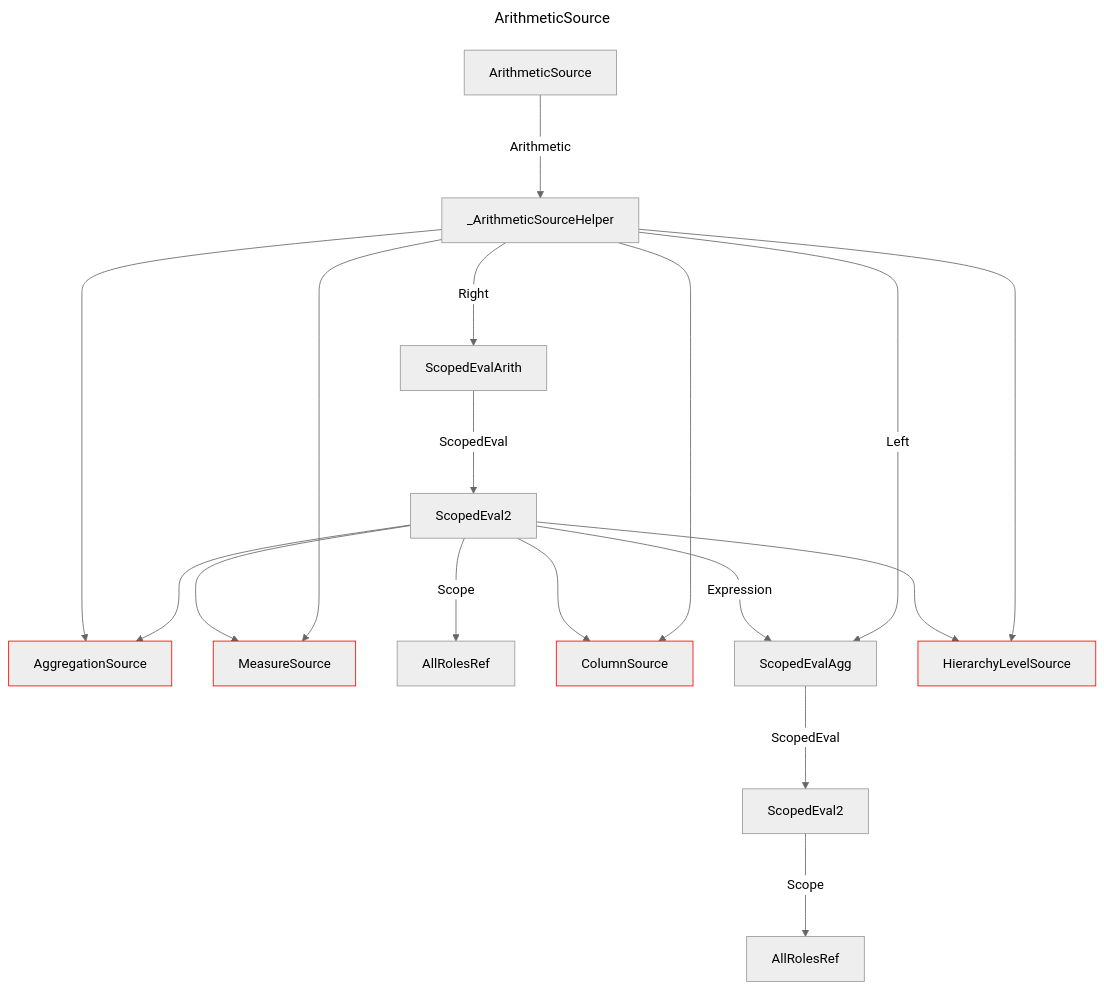
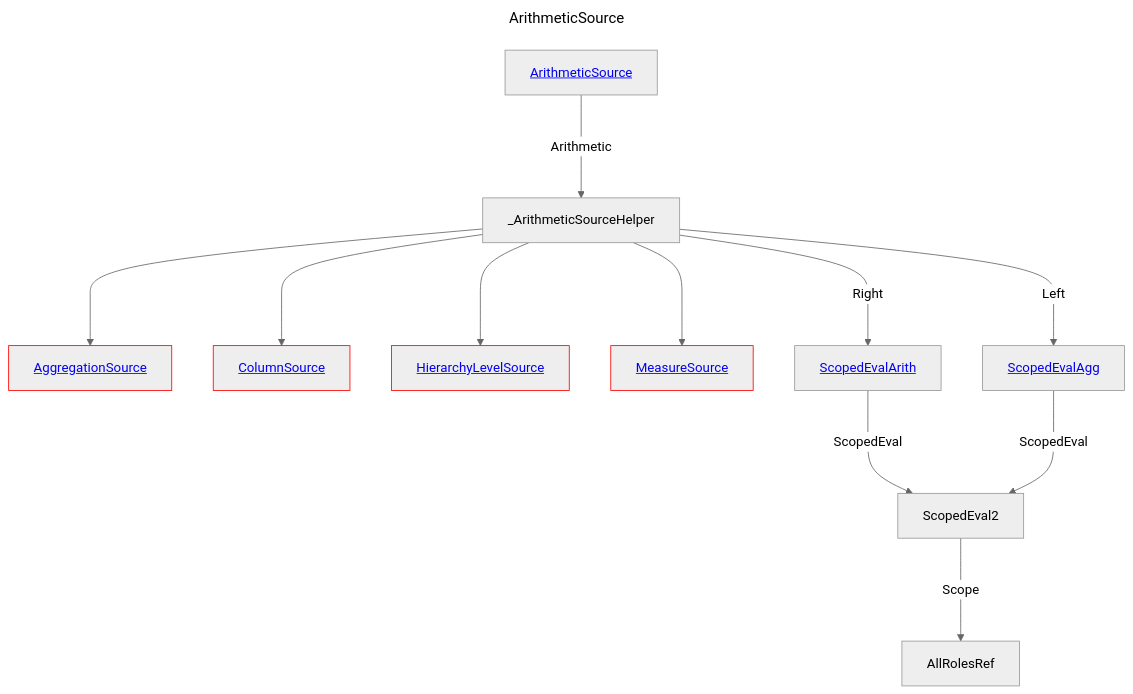
The diagram in docs/docs/layout/erd/ArithmeticSource.md (douglassimonsen/pbi_core), drawn with Mermaid (neutral theme) before and after one commit. The commit also changed 76 other files, not shown here.

````diff
--- a/docs/docs/layout/erd/ArithmeticSource.md
+++ b/docs/docs/layout/erd/ArithmeticSource.md
@@ -1,38 +1,30 @@
 ```mermaid
 ---
 title: ArithmeticSource
 ---
 graph 
-2430071358016["AggregationSource"]
-style 2430071358016 stroke:#ff0000,stroke-width:1px
-2430071359968["MeasureSource"]
-style 2430071359968 stroke:#ff0000,stroke-width:1px
-2430071360944["AllRolesRef"]
-2430071365824["ColumnSource"]
-style 2430071365824 stroke:#ff0000,stroke-width:1px
-2430071379488["_ArithmeticSourceHelper"]
-2430071371680["ScopedEvalAgg"]
-2430071362896["AllRolesRef"]
-2430071361920["ScopedEval2"]
-2430071376560["ScopedEvalArith"]
-2430071363872["HierarchyLevelSource"]
-style 2430071363872 stroke:#ff0000,stroke-width:1px
-2430071369728["ScopedEval2"]
-2430071382416["ArithmeticSource"]
-2430071376560 --->|ScopedEval| 2430071361920
-2430071361920 --->|Expression| 2430071371680
-2430071361920 ---> 2430071365824
-2430071379488 --->|Left| 2430071371680
-2430071382416 --->|Arithmetic| 2430071379488
-2430071379488 --->|Right| 2430071376560
-2430071371680 --->|ScopedEval| 2430071369728
-2430071361920 ---> 2430071359968
-2430071361920 ---> 2430071363872
-2430071379488 ---> 2430071358016
-2430071379488 ---> 2430071363872
-2430071379488 ---> 2430071365824
-2430071361920 ---> 2430071358016
-2430071379488 ---> 2430071359968
-2430071369728 --->|Scope| 2430071362896
-2430071361920 --->|Scope| 2430071360944
+AggregationSource[<a href='/layout/erd/AggregationSource'>AggregationSource</a>]
+style AggregationSource stroke:#ff0000,stroke-width:1px
+AllRolesRef[AllRolesRef]
+ArithmeticSource[<a href='/layout/erd/ArithmeticSource'>ArithmeticSource</a>]
+ColumnSource[<a href='/layout/erd/ColumnSource'>ColumnSource</a>]
+style ColumnSource stroke:#ff0000,stroke-width:1px
+HierarchyLevelSource[<a href='/layout/erd/HierarchyLevelSource'>HierarchyLevelSource</a>]
+style HierarchyLevelSource stroke:#ff0000,stroke-width:1px
+MeasureSource[<a href='/layout/erd/MeasureSource'>MeasureSource</a>]
+style MeasureSource stroke:#ff0000,stroke-width:1px
+ScopedEval2[ScopedEval2]
+ScopedEvalAgg[<a href='/layout/erd/ScopedEvalAgg'>ScopedEvalAgg</a>]
+ScopedEvalArith[<a href='/layout/erd/ScopedEvalArith'>ScopedEvalArith</a>]
+_ArithmeticSourceHelper[_ArithmeticSourceHelper]
+_ArithmeticSourceHelper --->|Left| ScopedEvalAgg
+ScopedEval2 --->|Scope| AllRolesRef
+_ArithmeticSourceHelper ---> AggregationSource
+_ArithmeticSourceHelper --->|Right| ScopedEvalArith
+ArithmeticSource --->|Arithmetic| _ArithmeticSourceHelper
+_ArithmeticSourceHelper ---> HierarchyLevelSource
+_ArithmeticSourceHelper ---> MeasureSource
+_ArithmeticSourceHelper ---> ColumnSource
+ScopedEvalArith --->|ScopedEval| ScopedEval2
+ScopedEvalAgg --->|ScopedEval| ScopedEval2
 ```
````
